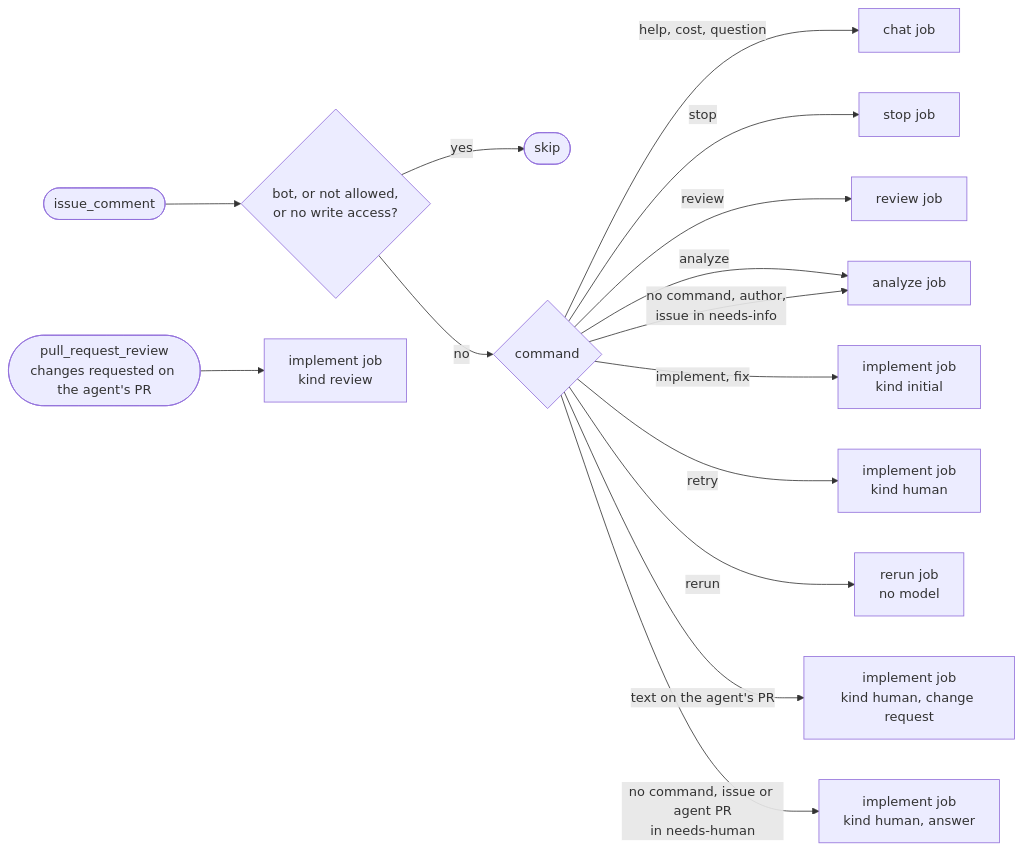
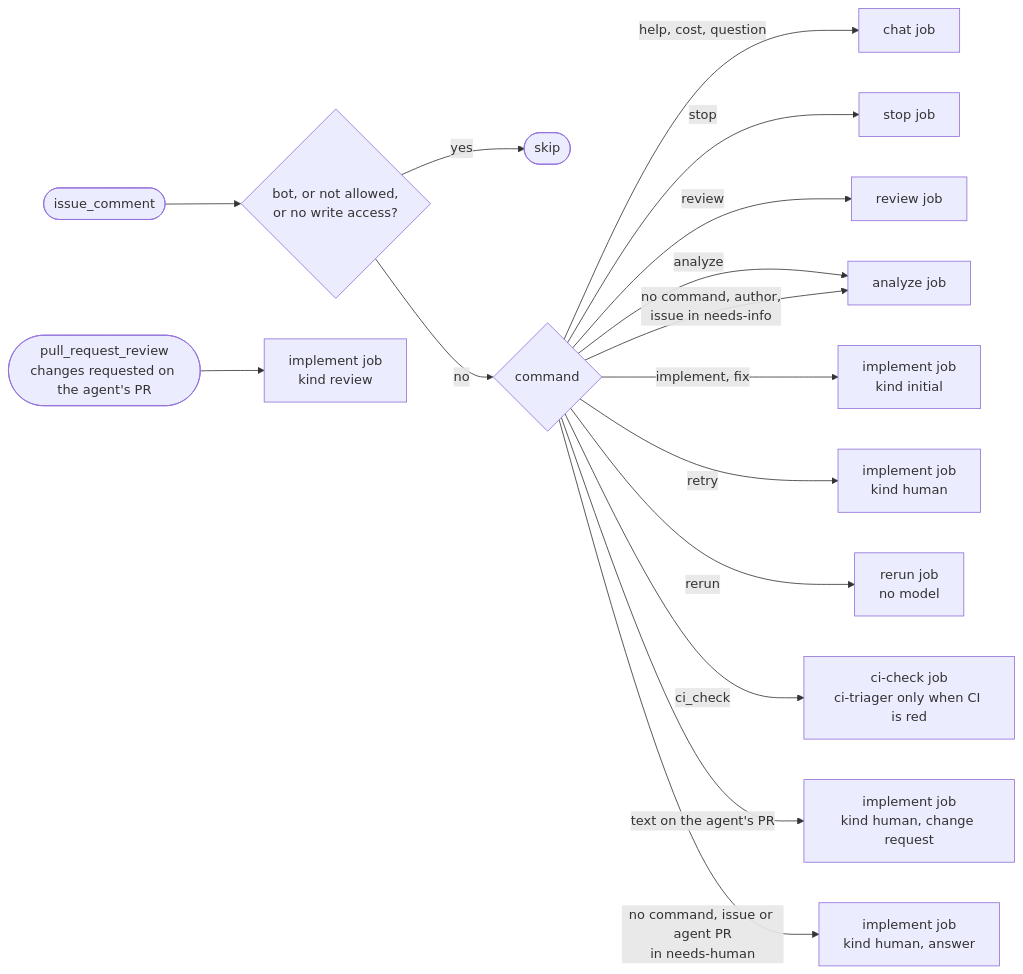
One commit to Netcracker/qubership-apihub changed the eighth of 11 diagrams in docs/internal/autonomous-agent/architecture.md. Above: the diagram before and after it, drawn with Mermaid. The commit also changed other lines of this file and 20 other files, not shown here.

First line of the commit message:
feat(ci): find the root cause of a red CI with /agent ci_check

````diff
--- a/docs/internal/autonomous-agent/architecture.md
+++ b/docs/internal/autonomous-agent/architecture.md
@@ -408,17 +411,18 @@
 ```mermaid
 flowchart LR
   C(["issue_comment"]) --> F{"bot, or not allowed,<br/>or no write access?"}
   F -- yes --> S(["skip"])
   F -- no --> P{"command"}
   P -- "help, cost, question" --> CHAT["chat job"]
   P -- "stop" --> STOP["stop job"]
   P -- "review" --> REV["review job"]
   P -- "analyze" --> AN["analyze job"]
   P -- "implement, fix" --> IM["implement job<br/>kind initial"]
   P -- "retry" --> IH["implement job<br/>kind human"]
   P -- "rerun" --> RR["rerun job<br/>no model"]
+  P -- "ci_check" --> CC["ci-check job<br/>ci-triager only when CI is red"]
   P -- "text on the agent's PR" --> IC["implement job<br/>kind human, change request"]
   P -- "no command, issue or agent PR<br/>in needs-human" --> IA["implement job<br/>kind human, answer"]
   P -- "no command, author,<br/>issue in needs-info" --> AN
   RV(["pull_request_review<br/>changes requested on the agent's PR"]) --> IR["implement job<br/>kind review"]
 ```
````
